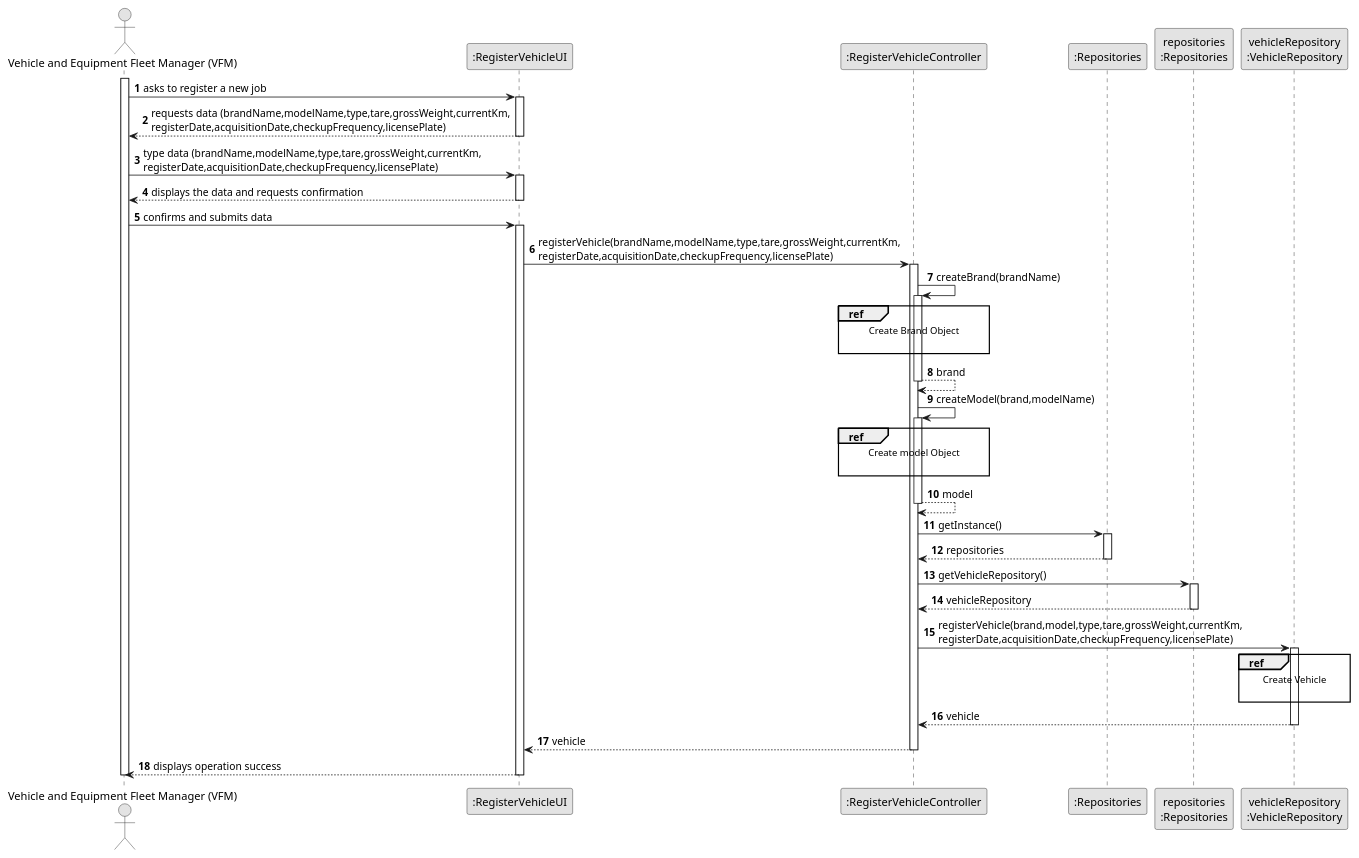
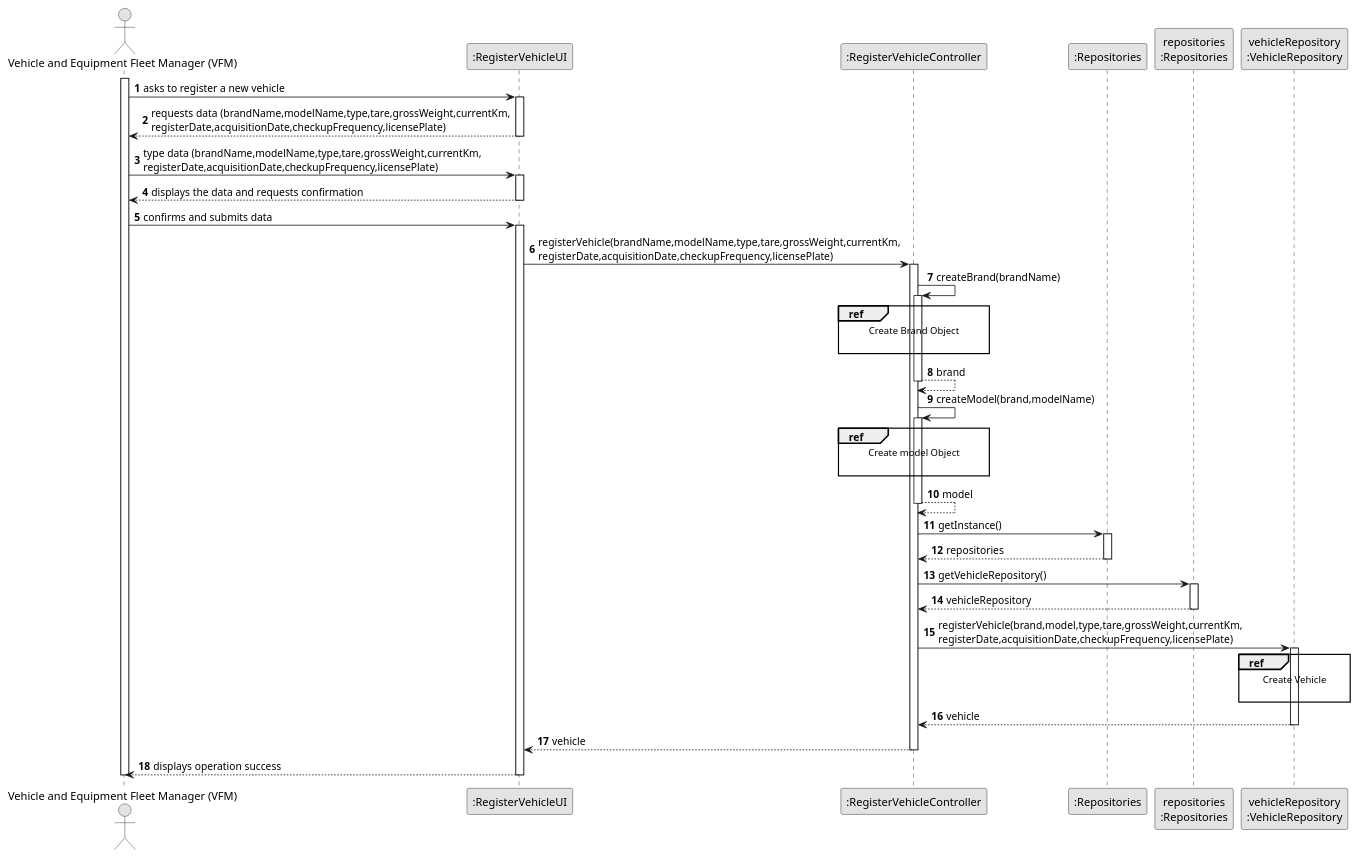
Before and after one commit to Departamento-de-Engenharia-Informatica/lei-24-s2-1db-g022: the diagram in docs/sprint2/us06/03.design/puml/us06-sequence-diagram.puml, drawn with PlantUML. The commit also changed 8 other files, not shown here.

Commit message:
US06 diagrams rectification

```diff
--- a/docs/sprint2/us06/03.design/puml/us06-sequence-diagram.puml
+++ b/docs/sprint2/us06/03.design/puml/us06-sequence-diagram.puml
@@ -1,94 +1,94 @@
 @startuml
 skinparam monochrome true
 skinparam packageStyle rectangle
 skinparam shadowing false
 
 autonumber
 
 'hide footbox
 actor "Vehicle and Equipment Fleet Manager (VFM)" as VFM
 participant ":RegisterVehicleUI" as UI
 participant ":RegisterVehicleController" as CTRL
 participant ":Repositories" as RepositorySingleton
 participant "repositories\n:Repositories" as PLAT
 participant "vehicleRepository\n:VehicleRepository" as VR
 
 activate VFM
 
-        VFM -> UI : asks to register a new job
+        VFM -> UI : asks to register a new vehicle
     activate UI
 
         UI --> VFM : requests data (brandName,modelName,type,tare,grossWeight,currentKm,\nregisterDate,acquisitionDate,checkupFrequency,licensePlate)
     deactivate UI
 
         VFM->UI: type data (brandName,modelName,type,tare,grossWeight,currentKm,\nregisterDate,acquisitionDate,checkupFrequency,licensePlate)
 
     activate UI
 
         UI --> VFM : displays the data and requests confirmation
 
     deactivate UI
 
         VFM -> UI : confirms and submits data
             activate UI
 
         UI -> CTRL : registerVehicle(brandName,modelName,type,tare,grossWeight,currentKm,\nregisterDate,acquisitionDate,checkupFrequency,licensePlate)
 
             activate CTRL
 
              CTRL -> CTRL : createBrand(brandName)
             activate CTRL
 
                 ref over CTRL
                     Create Brand Object
 
                 end ref
 
                 CTRL --> CTRL : brand
             deactivate CTRL
 
             CTRL -> CTRL : createModel(brand,modelName)
             activate CTRL
 
                 ref over CTRL
                     Create model Object
 
                 end ref
                 CTRL --> CTRL : model
             deactivate CTRL
 
                     CTRL -> RepositorySingleton : getInstance()
                                     activate RepositorySingleton
 
                                         RepositorySingleton --> CTRL: repositories
                                     deactivate RepositorySingleton
 
                                     CTRL -> PLAT: getVehicleRepository()
                                     activate PLAT
 
                                     PLAT --> CTRL: vehicleRepository
                                     deactivate PLAT
 
 
 
                 CTRL -> VR : registerVehicle(brand,model,type,tare,grossWeight,currentKm,\nregisterDate,acquisitionDate,checkupFrequency,licensePlate)
 
             activate VR
 
                         ref over VR
                             Create Vehicle
 
                         end ref
             VR --> CTRL : vehicle
 
             deactivate VR
 
             CTRL --> UI: vehicle
         deactivate CTRL
 
         UI --> VFM : displays operation success
     deactivate UI
 
 deactivate VFM
 
 @enduml
```
